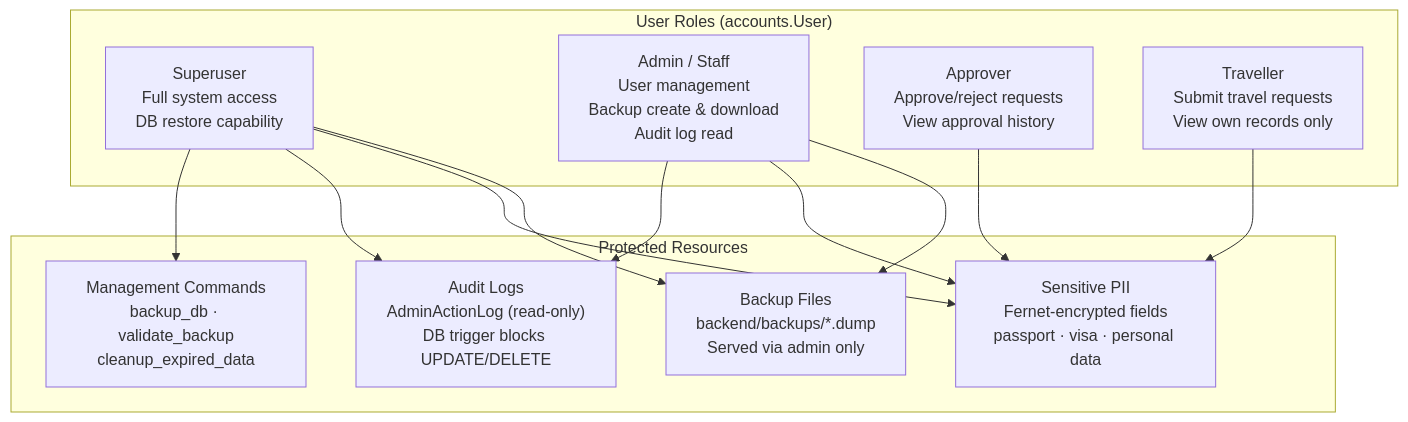
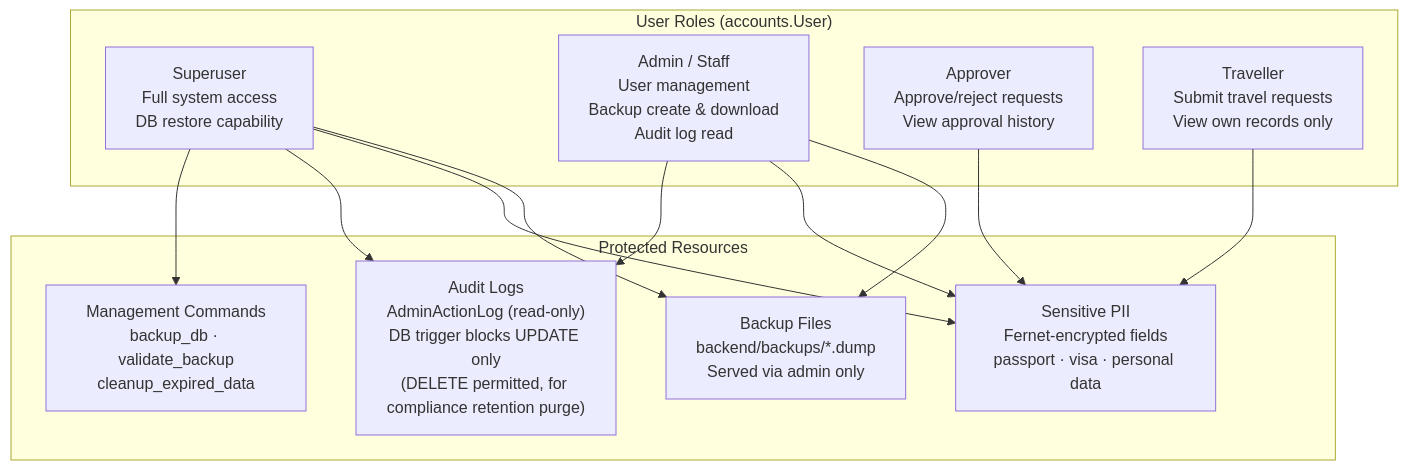
Before and after one commit to arslant84/tms.app: the fourth of 13 diagrams in docs/ARCHITECTURE.md, drawn with Mermaid. The commit also changed other lines of this file and 4 other files, not shown here.

First line of the commit message:
Use configurable pg_dump/pg_restore binary paths, prune old backups, sync architecture docs

````diff
--- a/docs/ARCHITECTURE.md
+++ b/docs/ARCHITECTURE.md
@@ -179,26 +179,26 @@
 ```mermaid
 graph TD
     subgraph Roles["User Roles (accounts.User)"]
         SU["Superuser<br/>Full system access<br/>DB restore capability"]
         ADM["Admin / Staff<br/>User management<br/>Backup create & download<br/>Audit log read"]
         APR["Approver<br/>Approve/reject requests<br/>View approval history"]
         TRV["Traveller<br/>Submit travel requests<br/>View own records only"]
     end
 
     subgraph Resources["Protected Resources"]
         MNGMT["Management Commands<br/>backup_db · validate_backup<br/>cleanup_expired_data"]
-        AUDIT2["Audit Logs<br/>AdminActionLog (read-only)<br/>DB trigger blocks UPDATE/DELETE"]
+        AUDIT2["Audit Logs<br/>AdminActionLog (read-only)<br/>DB trigger blocks UPDATE only<br/>(DELETE permitted, for compliance retention purge)"]
         DATA["Sensitive PII<br/>Fernet-encrypted fields<br/>passport · visa · personal data"]
         BKUP["Backup Files<br/>backend/backups/*.dump<br/>Served via admin only"]
     end
 
     SU --> MNGMT
     SU --> AUDIT2
     SU --> DATA
     SU --> BKUP
     ADM --> AUDIT2
     ADM --> DATA
     ADM --> BKUP
     APR --> DATA
     TRV --> DATA
 ```
````
